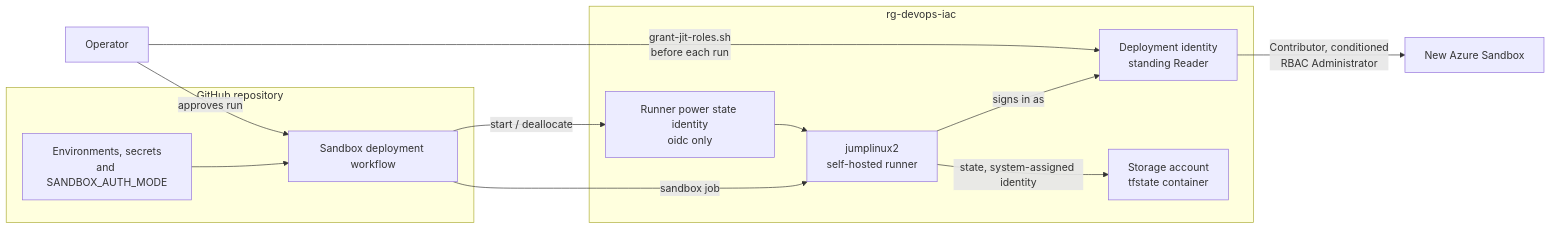
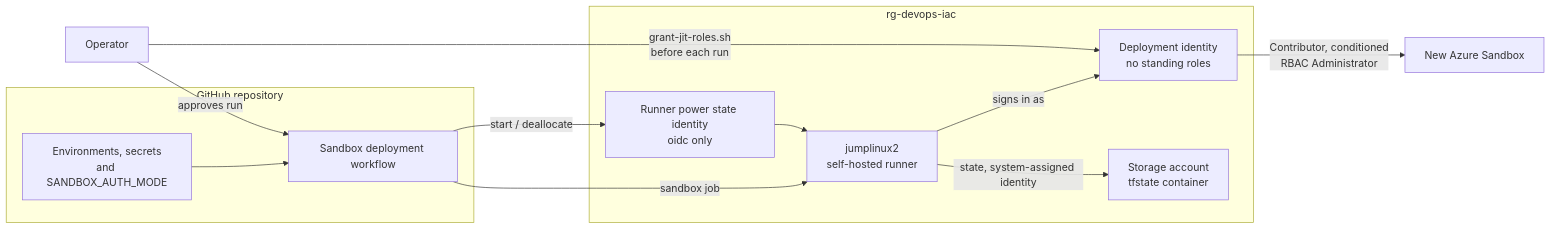
The first of 3 diagrams in extras/configurations/rg-devops-iac/README.md (Azure-Samples/azuresandbox), drawn with Mermaid before and after one commit. The commit also changed other lines of this file and 4 other files, not shown here.

First line of the commit message:
rg-devops-iac: remove standing Reader from the deployment identity

````diff
--- a/extras/configurations/rg-devops-iac/README.md
+++ b/extras/configurations/rg-devops-iac/README.md
@@ -559,22 +557,22 @@
 ```mermaid
 flowchart LR
     subgraph rgdevops["rg-devops-iac"]
         vm["jumplinux2<br/>self-hosted runner"]
-        did["Deployment identity<br/>standing Reader"]
+        did["Deployment identity<br/>no standing roles"]
         pid["Runner power state identity<br/>oidc only"]
         st["Storage account<br/>tfstate container"]
     end
     subgraph gh["GitHub repository"]
         wf["Sandbox deployment workflow"]
         env["Environments, secrets<br/>and SANDBOX_AUTH_MODE"]
     end
     op["Operator"] -- "grant-jit-roles.sh<br/>before each run" --> did
     op -- "approves run" --> wf
     env --> wf
     wf -- "start / deallocate" --> pid
     pid --> vm
     wf -- "sandbox job" --> vm
     vm -- "signs in as" --> did
     vm -- "state, system-assigned identity" --> st
     did -- "Contributor, conditioned<br/>RBAC Administrator" --> sb["New Azure Sandbox"]
 ```
````
